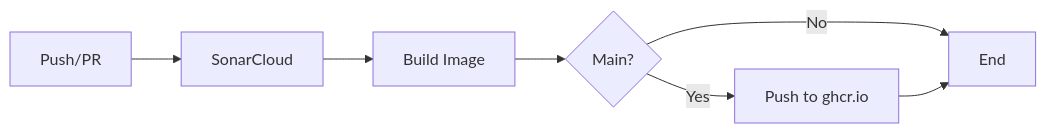
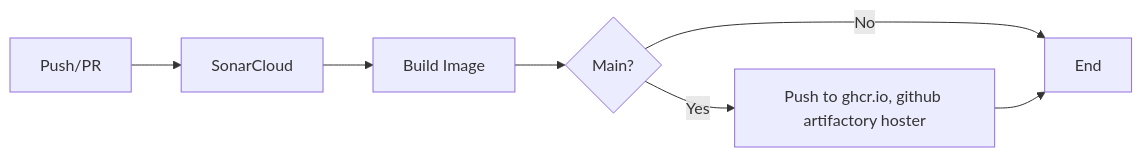
One commit to MathieuAudibert/local-ml-flow changed the first of 3 diagrams in README.md. Above: the diagram before and after it, drawn with Mermaid. The commit also changed other lines of this file, not shown here.

````diff
--- a/README.md
+++ b/README.md
@@ -64,9 +64,9 @@
 ```mermaid
 graph LR;
     A[Push/PR] --> B[SonarCloud];
     B --> C[Build Image];
     C --> D{Main?};
-    D -->|Yes| E[Push to ghcr.io];
+    D -->|Yes| E[Push to ghcr.io, github artifactory hoster];
     D -->|No| F[End];
     E --> F;
 ```
````
